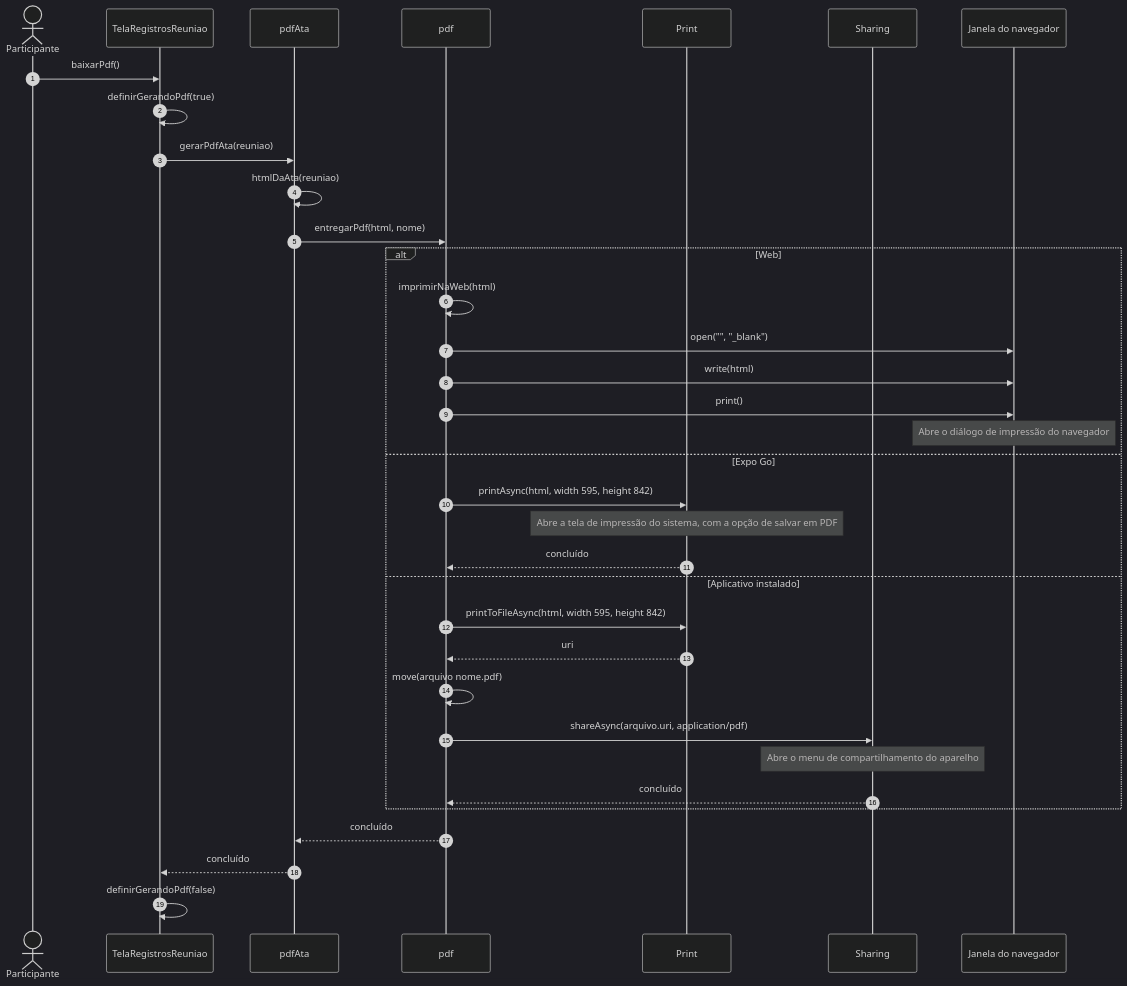
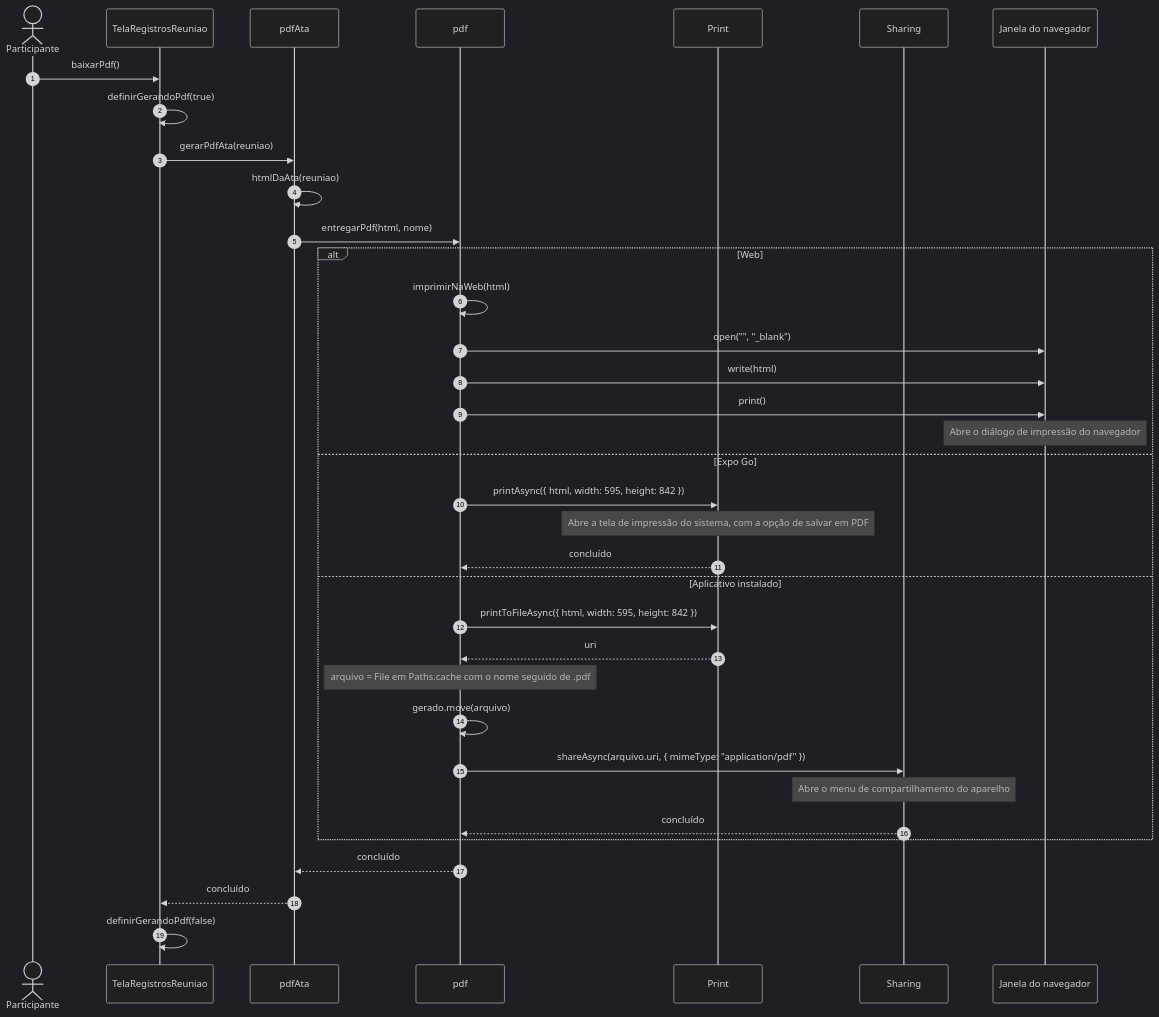
Before and after one commit to Conecta-IFSP/DOCUMENTATION: the ninth of 9 diagrams in 4 - Incremento3/atas/6 - diagramas-sequencia-atas.md, drawn with Mermaid (dark theme). The commit also changed other lines of this file, not shown here.

````diff
--- a/4 - Incremento3/atas/6 - diagramas-sequencia-atas.md
+++ b/4 - Incremento3/atas/6 - diagramas-sequencia-atas.md
@@ -318,37 +327,38 @@
 ```mermaid
 sequenceDiagram
     autonumber
     actor U as Participante
     participant T as TelaRegistrosReuniao
     participant P as pdfAta
     participant D as pdf
     participant I as Print
     participant C as Sharing
     participant J as Janela do navegador
     U->>T: baixarPdf()
     T->>T: definirGerandoPdf(true)
     T->>P: gerarPdfAta(reuniao)
     P->>P: htmlDaAta(reuniao)
     P->>D: entregarPdf(html, nome)
     alt Web
         D->>D: imprimirNaWeb(html)
         D->>J: open("", "_blank")
         D->>J: write(html)
         D->>J: print()
         Note over J: Abre o diálogo de impressão do navegador
     else Expo Go
-        D->>I: printAsync(html, width 595, height 842)
+        D->>I: printAsync({ html, width: 595, height: 842 })
         Note over I: Abre a tela de impressão do sistema, com a opção de salvar em PDF
         I-->>D: concluído
     else Aplicativo instalado
-        D->>I: printToFileAsync(html, width 595, height 842)
+        D->>I: printToFileAsync({ html, width: 595, height: 842 })
         I-->>D: uri
-        D->>D: move(arquivo nome.pdf)
-        D->>C: shareAsync(arquivo.uri, application/pdf)
+        Note over D: arquivo = File em Paths.cache com o nome seguido de .pdf
+        D->>D: gerado.move(arquivo)
+        D->>C: shareAsync(arquivo.uri, { mimeType: "application/pdf" })
         Note over C: Abre o menu de compartilhamento do aparelho
         C-->>D: concluído
     end
     D-->>P: concluído
     P-->>T: concluído
     T->>T: definirGerandoPdf(false)
 ```
````
